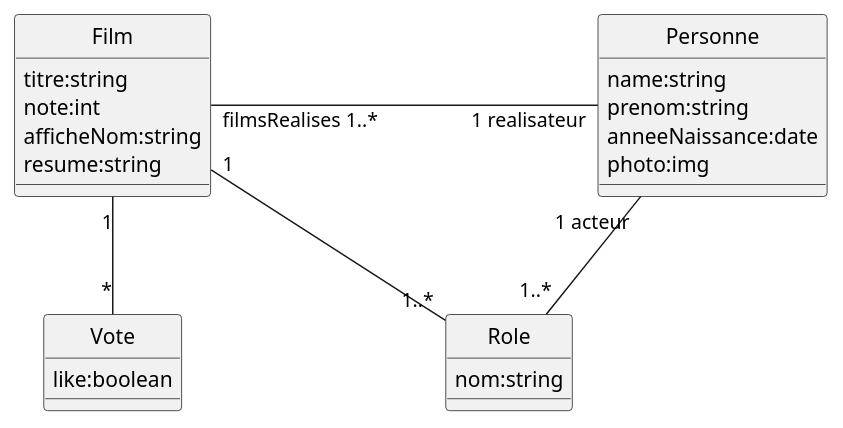
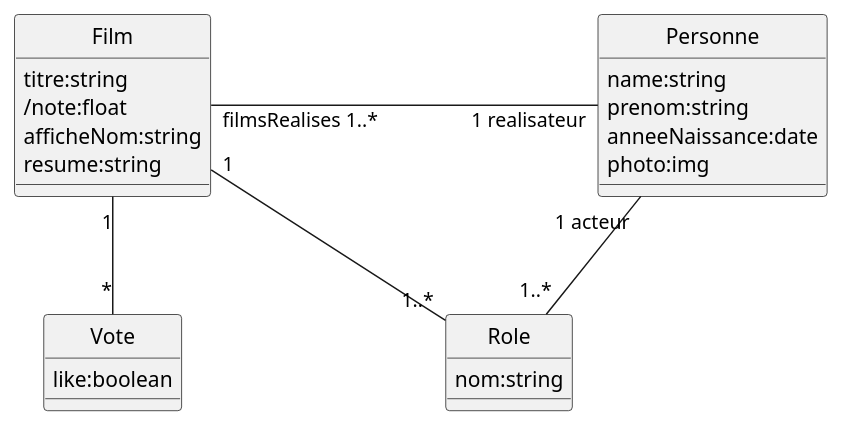
One commit to ocapuozzo/cinema1 changed the diagram in src/docs/analyse.puml. Above: the diagram before and after it, drawn with PlantUML. The commit also changed 8 other files, not shown here.

```diff
--- a/src/docs/analyse.puml
+++ b/src/docs/analyse.puml
@@ -1,30 +1,30 @@
 @startuml
 class Film{
 titre:string
-note:int
+/note:float
 afficheNom:string
 resume:string
 
 }
 class Personne{
 name:string
 prenom:string
 anneeNaissance:date
 photo:img
 
 
 }
 class Role{
 nom:string
 }
 class Vote{
 like:boolean
 }
 
 Film "filmsRealises 1..*" - "1 realisateur" Personne :"\t\t\t\t\t\t\t\t"
 Personne "1 acteur" -- "1..*"Role :"\t\t"
 Film "1" -- "*" Vote
 Film "1" - "1..*" Role
 
 hide circle
 @enduml
```
